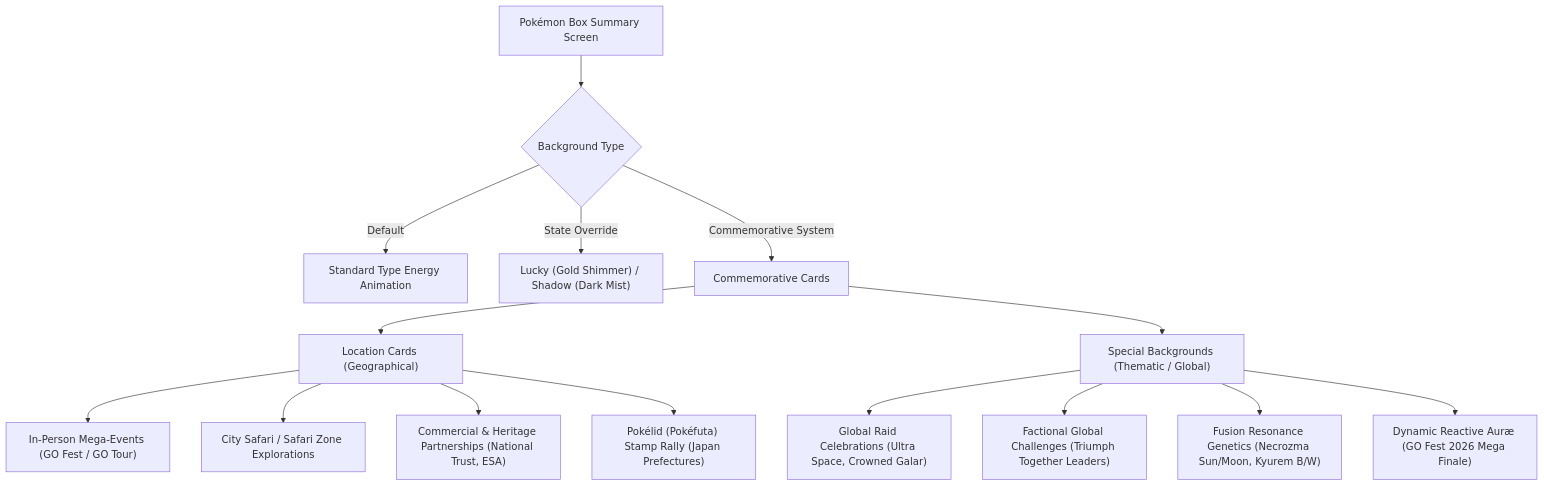
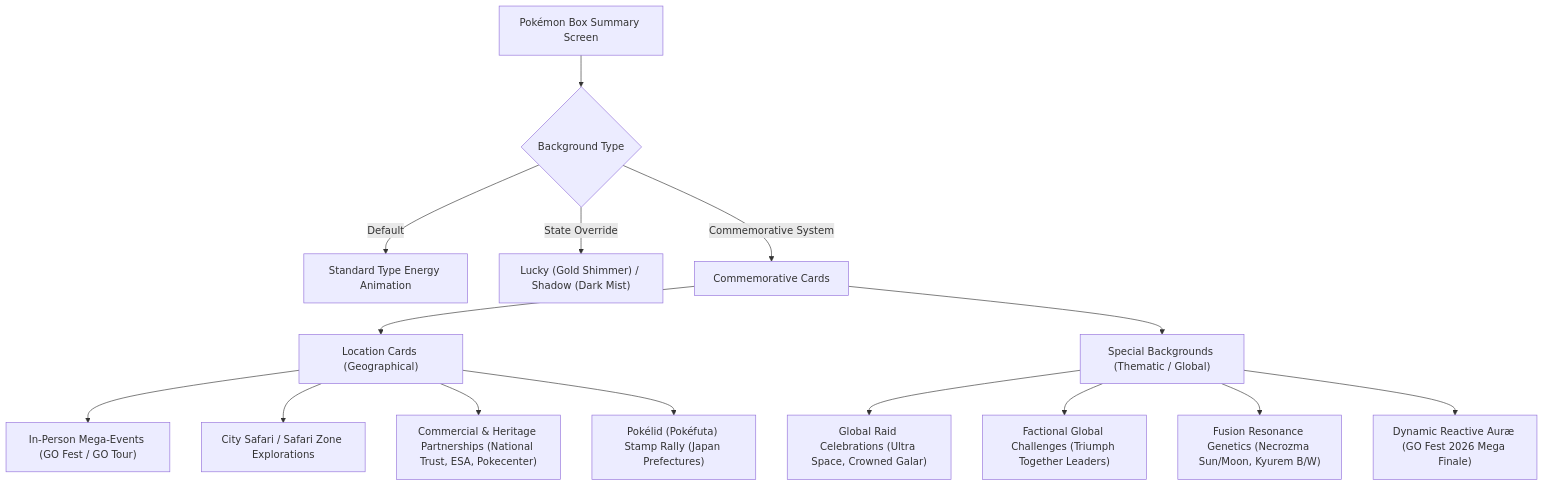
The diagram in docs/research/pokemon-go-special-backgrounds-and-pokelids-guide.md (DavidFaltus/Pokemon-GO-event-tracker), drawn with Mermaid before and after one commit. The commit also changed other lines of this file and 76 other files, not shown here.

````diff
--- a/docs/research/pokemon-go-special-backgrounds-and-pokelids-guide.md
+++ b/docs/research/pokemon-go-special-backgrounds-and-pokelids-guide.md
@@ -18,20 +23,20 @@
 ```mermaid
 flowchart TD
     A["Pokémon Box Summary Screen"] --> B{"Background Type"}
     B -->|"Default"| C["Standard Type Energy Animation"]
     B -->|"State Override"| D["Lucky (Gold Shimmer) / Shadow (Dark Mist)"]
     B -->|"Commemorative System"| E["Commemorative Cards"]
     
     E --> F["Location Cards (Geographical)"]
     E --> G["Special Backgrounds (Thematic / Global)"]
     
     F --> F1["In-Person Mega-Events (GO Fest / GO Tour)"]
     F --> F2["City Safari / Safari Zone Explorations"]
-    F --> F3["Commercial & Heritage Partnerships (National Trust, ESA)"]
+    F --> F3["Commercial & Heritage Partnerships (National Trust, ESA, Pokecenter)"]
     F --> F4["Pokélid (Pokéfuta) Stamp Rally (Japan Prefectures)"]
     
     G --> G1["Global Raid Celebrations (Ultra Space, Crowned Galar)"]
     G --> G2["Factional Global Challenges (Triumph Together Leaders)"]
     G --> G3["Fusion Resonance Genetics (Necrozma Sun/Moon, Kyurem B/W)"]
     G --> G4["Dynamic Reactive Auræ (GO Fest 2026 Mega Finale)"]
 ```
````
